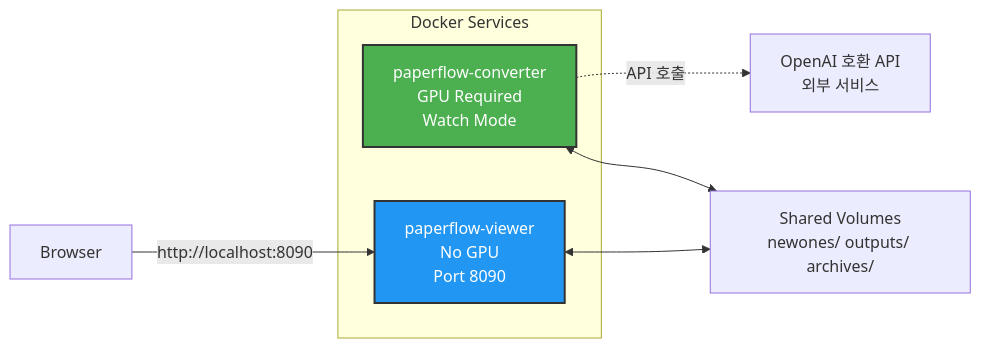
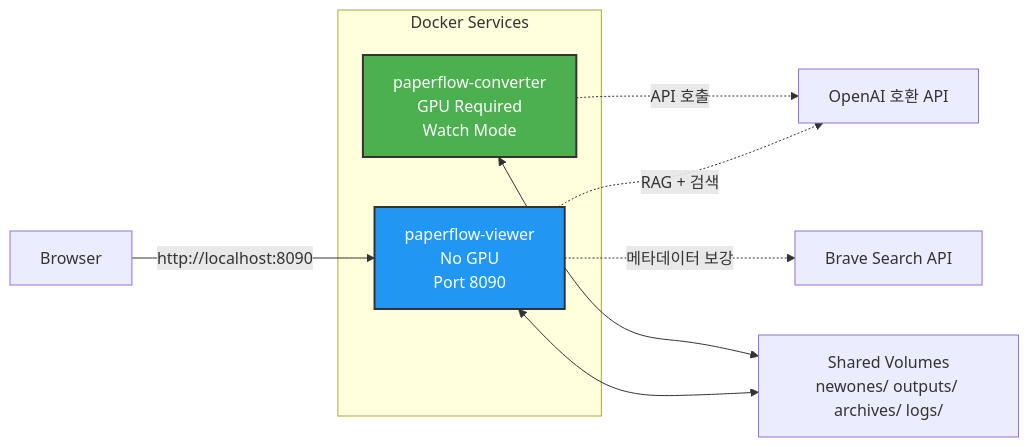
Before and after one commit to restful3/paperflow: the sixth of 6 diagrams in README.md, drawn with Mermaid. The commit also changed other lines of this file and 3 other files, not shown here.

````diff
--- a/README.md
+++ b/README.md
@@ -686,19 +622,22 @@
 ```mermaid
 graph LR
     subgraph "Docker Services"
         Conv[paperflow-converter<br/>GPU Required<br/>Watch Mode]
         View[paperflow-viewer<br/>No GPU<br/>Port 8090]
     end
 
-    Vols[Shared Volumes<br/>newones/ outputs/ archives/]
-    API[OpenAI 호환 API<br/>외부 서비스]
+    Vols[Shared Volumes<br/>newones/ outputs/ archives/ logs/]
+    API[OpenAI 호환 API]
+    Brave[Brave Search API]
 
     Conv -.->|API 호출| API
+    View -.->|RAG + 검색| API
+    View -.->|메타데이터 보강| Brave
     Conv <--> Vols
     View <--> Vols
 
     Browser[Browser] -->|http://localhost:8090| View
 
     style Conv fill:#4CAF50,stroke:#333,stroke-width:2px,color:#fff
     style View fill:#2196F3,stroke:#333,stroke-width:2px,color:#fff
 ```
````
